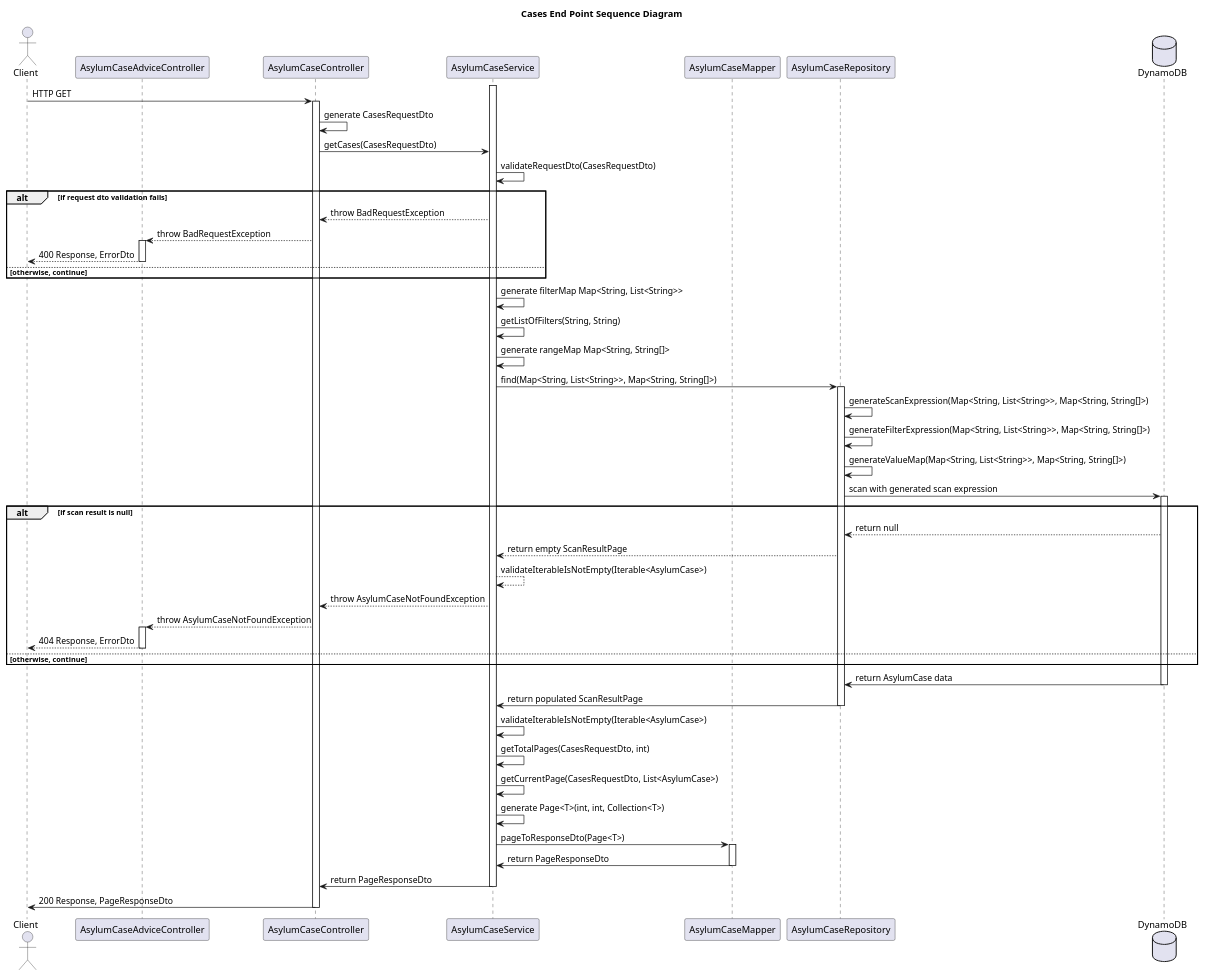
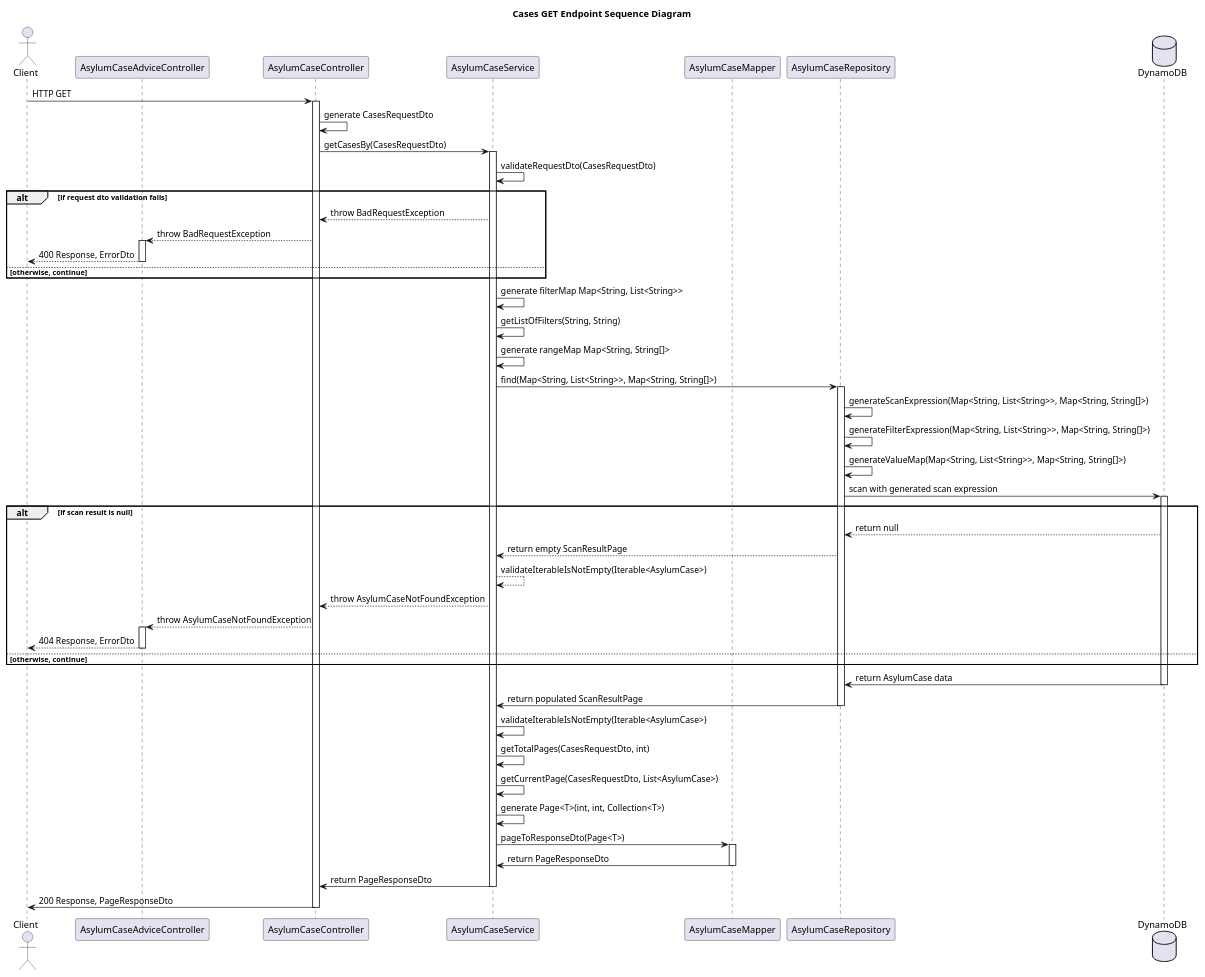
The diagram in CASES_ENDPOINT_SD.puml (BloomTech-Labs/asylum-rg-be-a), drawn with PlantUML before and after one commit.

Commit message:
Updated Sequence Diagram.

```diff
--- a/CASES_ENDPOINT_SD.puml
+++ b/CASES_ENDPOINT_SD.puml
@@ -1,73 +1,74 @@
 @startuml
-title Cases End Point Sequence Diagram
+title Cases GET Endpoint Sequence Diagram
 
 actor Client
 participant "AsylumCaseAdviceController" as Advice
 participant "AsylumCaseController" as Controller
 participant "AsylumCaseService" as Service
 participant "AsylumCaseMapper" as Mapper
 participant "AsylumCaseRepository" as Repository
 database DynamoDB
 
 Client -> Controller : HTTP GET
 activate Controller
 Controller -> Controller : generate CasesRequestDto
-Controller -> Service : getCases(CasesRequestDto)
+Controller -> Service : getCasesBy(CasesRequestDto)
+activate Service
 Service -> Service : validateRequestDto(CasesRequestDto)
 
 alt if request dto validation fails
 Service --> Controller : throw BadRequestException
 Controller --> Advice : throw BadRequestException
 activate Advice
 Advice --> Client : 400 Response, ErrorDto
 deactivate Advice
 else otherwise, continue
 end
 
 activate Service
 Service -> Service : generate filterMap Map<String, List<String>>
 Service -> Service : getListOfFilters(String, String)
 Service -> Service : generate rangeMap Map<String, String[]>
 
 Service -> Repository : find(Map<String, List<String>>, Map<String, String[]>)
 activate Repository
 Repository -> Repository : generateScanExpression(Map<String, List<String>>, Map<String, String[]>)
 Repository -> Repository : generateFilterExpression(Map<String, List<String>>, Map<String, String[]>)
 Repository -> Repository : generateValueMap(Map<String, List<String>>, Map<String, String[]>)
 Repository -> DynamoDB : scan with generated scan expression
 activate DynamoDB
 
 alt if scan result is null
 DynamoDB --> Repository : return null
 Repository --> Service : return empty ScanResultPage
 Service --> Service : validateIterableIsNotEmpty(Iterable<AsylumCase>)
 Service --> Controller : throw AsylumCaseNotFoundException
 Controller --> Advice : throw AsylumCaseNotFoundException
 
 activate Advice
 Advice --> Client : 404 Response, ErrorDto
 deactivate Advice
 else otherwise, continue
 end
 
 DynamoDB -> Repository : return AsylumCase data
 deactivate DynamoDB
 Repository -> Service : return populated ScanResultPage
 deactivate Repository
 
 Service -> Service : validateIterableIsNotEmpty(Iterable<AsylumCase>)
 Service -> Service : getTotalPages(CasesRequestDto, int)
 Service -> Service : getCurrentPage(CasesRequestDto, List<AsylumCase>)
 Service -> Service : generate Page<T>(int, int, Collection<T>)
 Service -> Mapper : pageToResponseDto(Page<T>)
 
 activate Mapper
 Mapper -> Service : return PageResponseDto
 deactivate Mapper
 
 Service -> Controller : return PageResponseDto
 deactivate Service
 
 Controller -> Client : 200 Response, PageResponseDto
 deactivate Controller
 @enduml
```
